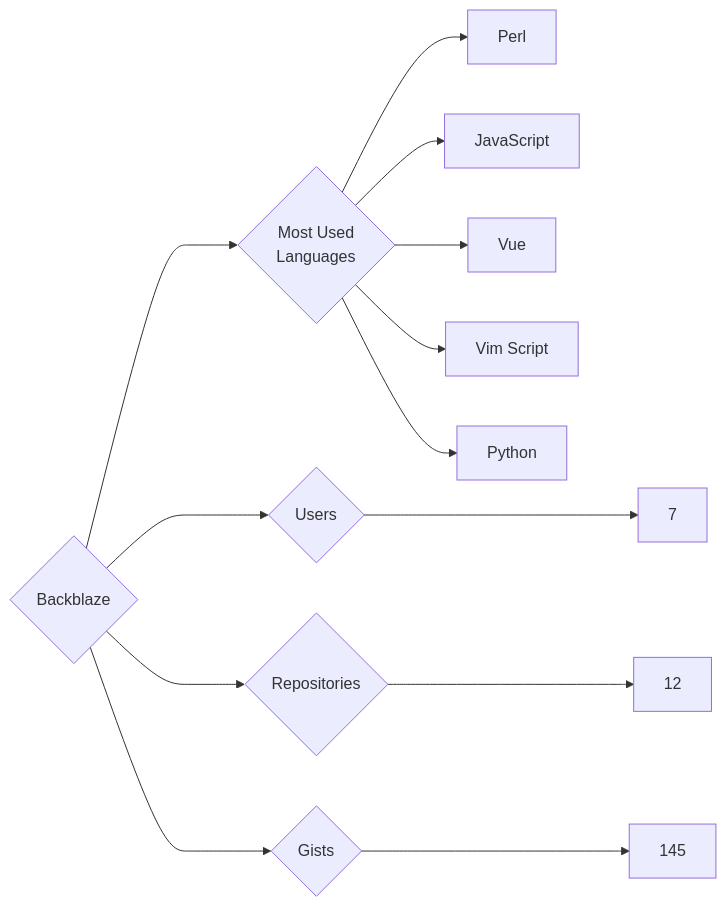
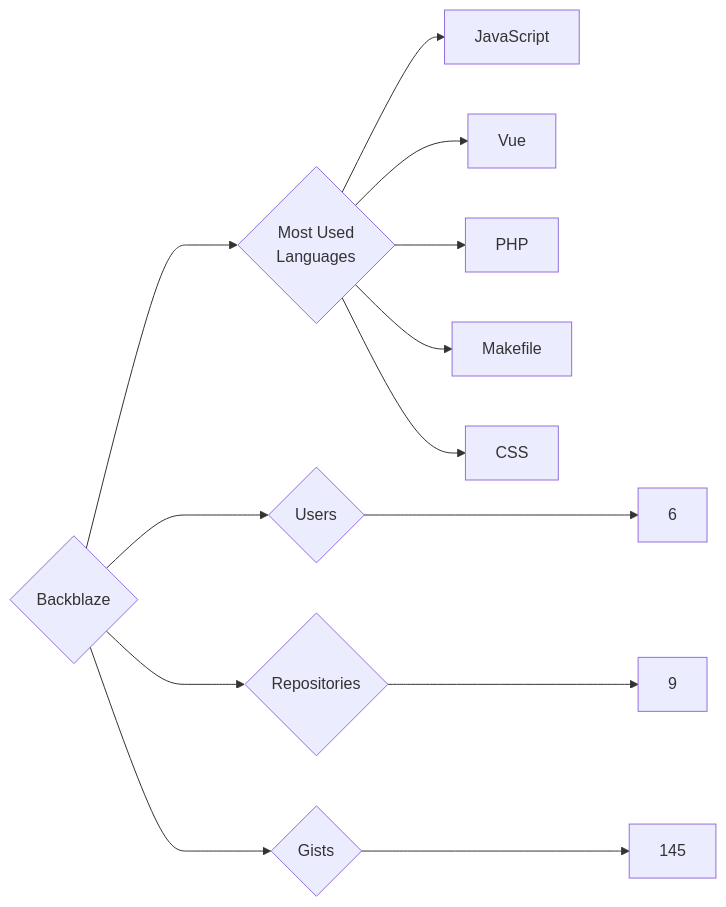
One commit to trickest/insiders changed the diagram in targets/Backblaze/README.md. Above: the diagram before and after it, drawn with Mermaid. The commit also changed 1084 other files, not shown here.

````diff
--- a/targets/Backblaze/README.md
+++ b/targets/Backblaze/README.md
@@ -3,13 +3,13 @@
 ```mermaid
 graph LR
 COMPANY_NAME{Backblaze}
-COMPANY_NAME ---> U{Users} ---> UN[7]
-COMPANY_NAME ---> R{Repositories} ---> RN[12]
+COMPANY_NAME ---> U{Users} ---> UN[6]
+COMPANY_NAME ---> R{Repositories} ---> RN[9]
 COMPANY_NAME ---> G{Gists} ---> GN[145]
 COMPANY_NAME ---> ML{Most Used<br>Languages}
-ML --> Perl[Perl]
 ML --> JavaScript[JavaScript]
 ML --> Vue[Vue]
-ML --> Vim_Script[Vim Script]
-ML --> Python[Python]
+ML --> PHP[PHP]
+ML --> Makefile[Makefile]
+ML --> CSS[CSS]
 ```
````
